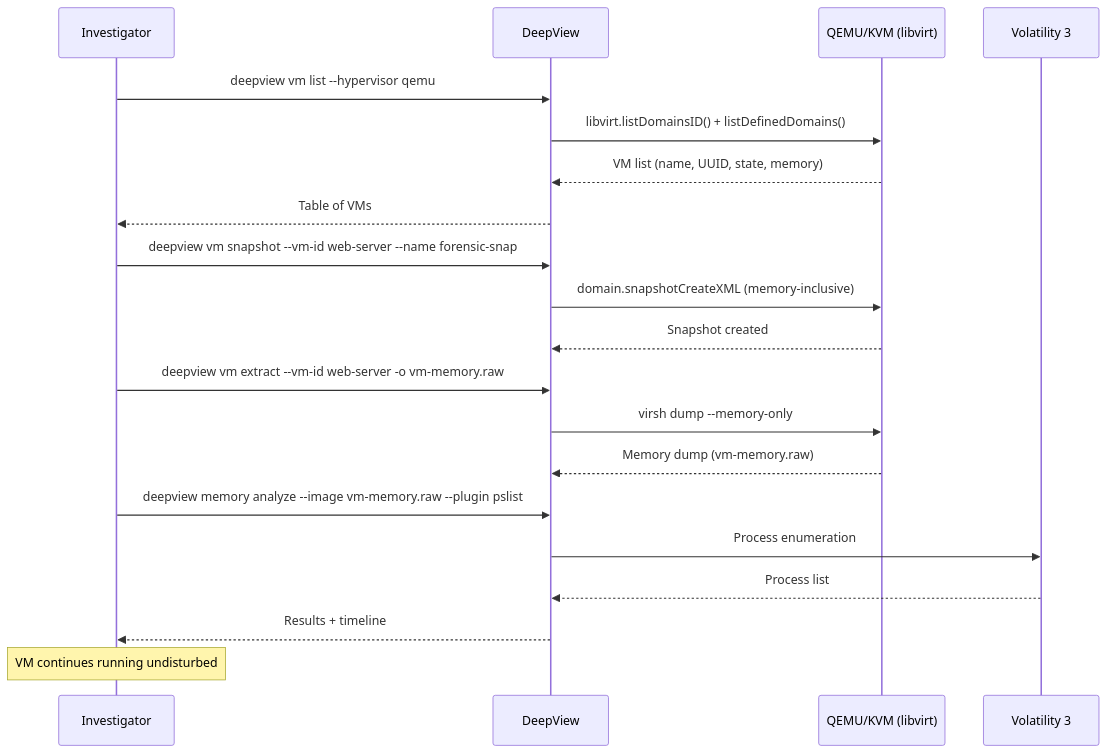
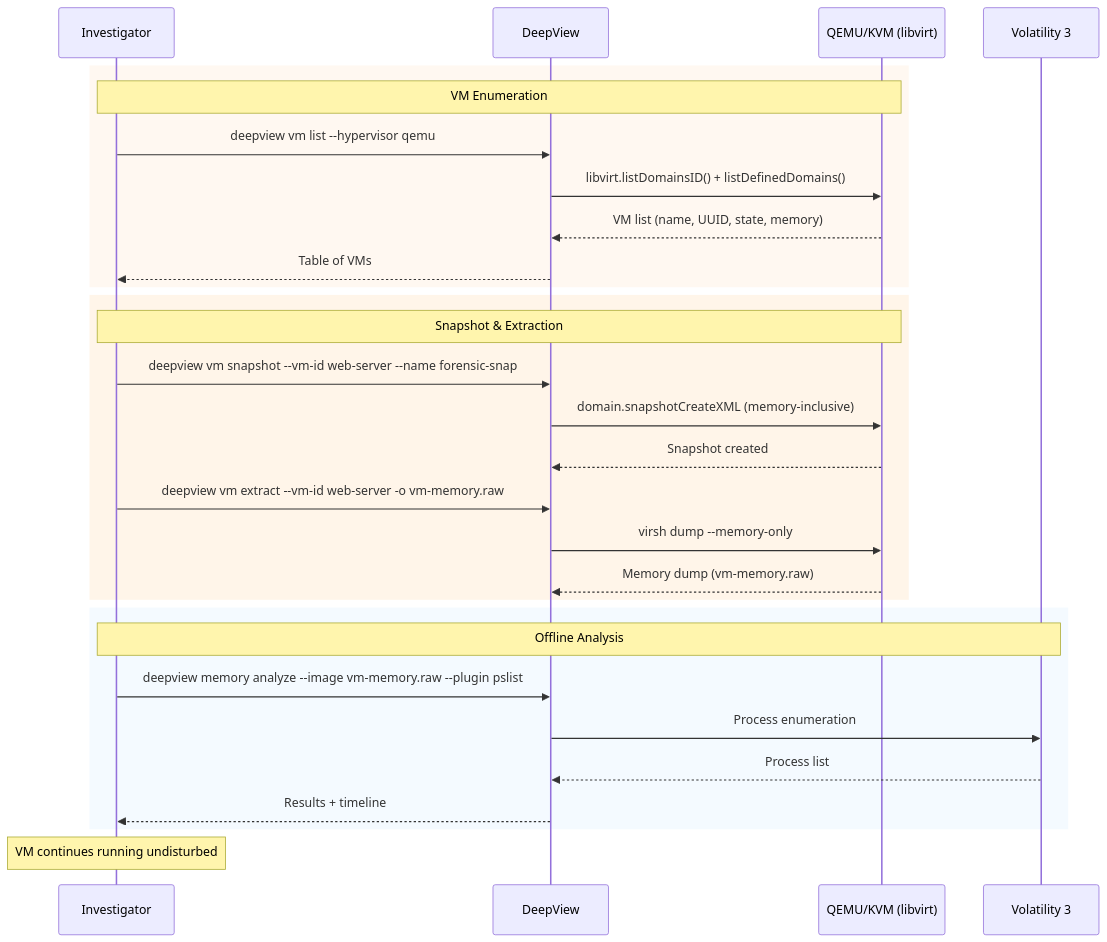
One commit to sonoransun/deepview changed the ninth of 16 diagrams in README.md. Above: the diagram before and after it, drawn with Mermaid. The commit also changed other lines of this file and 47 other files, not shown here.

````diff
--- a/README.md
+++ b/README.md
@@ -498,27 +630,36 @@
 ```mermaid
 sequenceDiagram
     participant Investigator
     participant DeepView
     participant KVM as QEMU/KVM (libvirt)
     participant Vol3 as Volatility 3
 
-    Investigator->>DeepView: deepview vm list --hypervisor qemu
-    DeepView->>KVM: libvirt.listDomainsID() + listDefinedDomains()
-    KVM-->>DeepView: VM list (name, UUID, state, memory)
-    DeepView-->>Investigator: Table of VMs
+    rect rgba(255,169,77,0.08)
+        Note over Investigator,KVM: VM Enumeration
+        Investigator->>DeepView: deepview vm list --hypervisor qemu
+        DeepView->>KVM: libvirt.listDomainsID() + listDefinedDomains()
+        KVM-->>DeepView: VM list (name, UUID, state, memory)
+        DeepView-->>Investigator: Table of VMs
+    end
 
-    Investigator->>DeepView: deepview vm snapshot --vm-id web-server --name forensic-snap
-    DeepView->>KVM: domain.snapshotCreateXML (memory-inclusive)
-    KVM-->>DeepView: Snapshot created
+    rect rgba(255,169,77,0.12)
+        Note over Investigator,KVM: Snapshot & Extraction
+        Investigator->>DeepView: deepview vm snapshot --vm-id web-server --name forensic-snap
+        DeepView->>KVM: domain.snapshotCreateXML (memory-inclusive)
+        KVM-->>DeepView: Snapshot created
 
-    Investigator->>DeepView: deepview vm extract --vm-id web-server -o vm-memory.raw
-    DeepView->>KVM: virsh dump --memory-only
-    KVM-->>DeepView: Memory dump (vm-memory.raw)
+        Investigator->>DeepView: deepview vm extract --vm-id web-server -o vm-memory.raw
+        DeepView->>KVM: virsh dump --memory-only
+        KVM-->>DeepView: Memory dump (vm-memory.raw)
+    end
 
-    Investigator->>DeepView: deepview memory analyze --image vm-memory.raw --plugin pslist
-    DeepView->>Vol3: Process enumeration
-    Vol3-->>DeepView: Process list
-    DeepView-->>Investigator: Results + timeline
+    rect rgba(116,192,252,0.08)
+        Note over Investigator,Vol3: Offline Analysis
+        Investigator->>DeepView: deepview memory analyze --image vm-memory.raw --plugin pslist
+        DeepView->>Vol3: Process enumeration
+        Vol3-->>DeepView: Process list
+        DeepView-->>Investigator: Results + timeline
+    end
 
     Note over Investigator: VM continues running undisturbed
 ```
````
